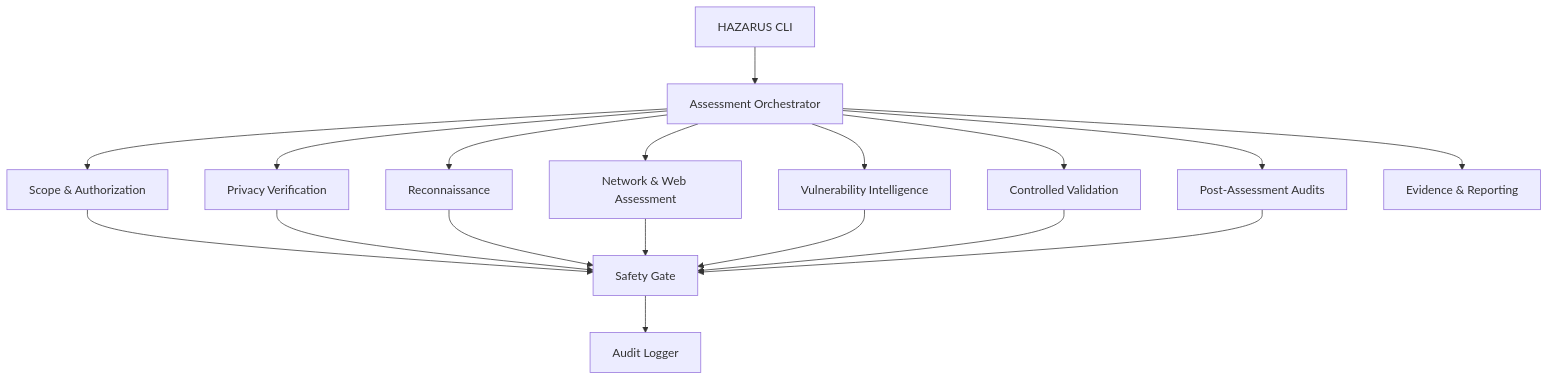
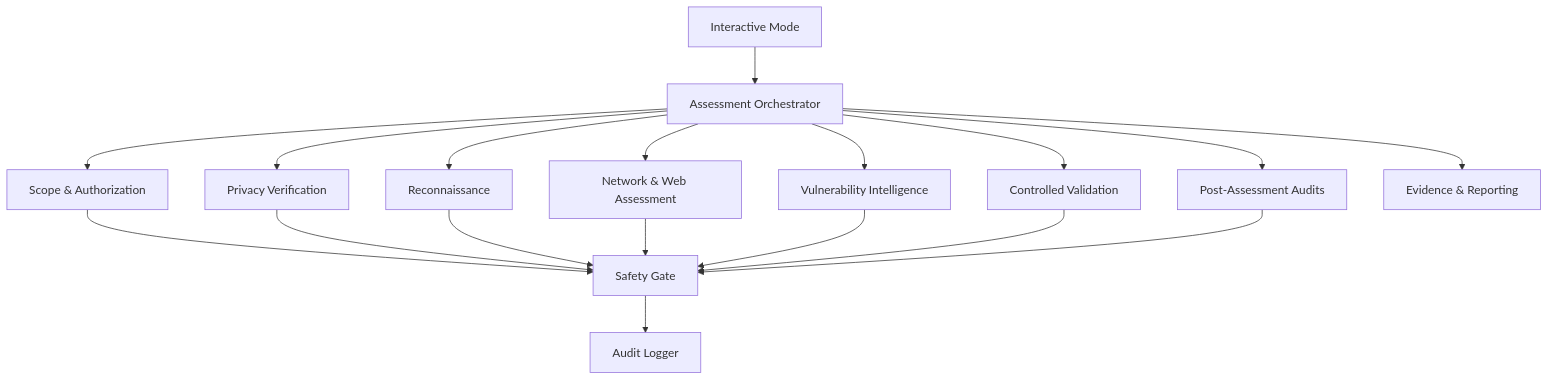
Before and after one commit to nazirfx1/HAZARUS-SECURITY-ASSESSMENT: the diagram in README.md, drawn with Mermaid. The commit also changed other lines of this file and 1 other file, not shown here.

First line of the commit message:
Enhance GitHub repository to focus on Interactive Mode

````diff
--- a/README.md
+++ b/README.md
@@ -106,20 +110,20 @@
 ```mermaid
 flowchart TD
-    A[HAZARUS CLI] --> B[Assessment Orchestrator]
+    A[Interactive Mode] --> B[Assessment Orchestrator]
     B --> C[Scope & Authorization]
     B --> D[Privacy Verification]
     B --> E[Reconnaissance]
     B --> F[Network & Web Assessment]
     B --> G[Vulnerability Intelligence]
     B --> H[Controlled Validation]
     B --> I[Post-Assessment Audits]
     B --> J[Evidence & Reporting]
     C --> K[Safety Gate]
     D --> K
     E --> K
     F --> K
     G --> K
     H --> K
     I --> K
     K --> L[Audit Logger]
 ```
````
